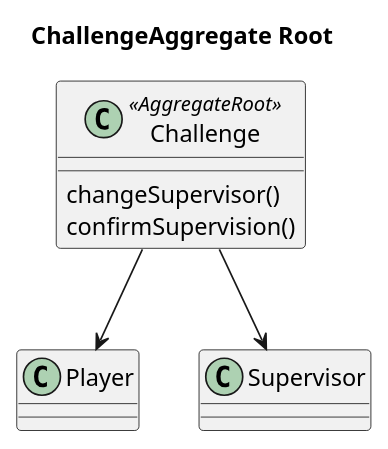
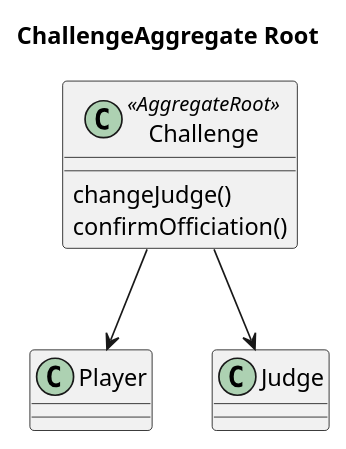
Before and after one commit to tokilabs/atqr: the second of 2 diagrams in libs/atqr/domain/src/lib/domain-spec/notes/Domain Driven Design Summary.md, drawn with PlantUML. The commit also changed 12 other files, not shown here.

````diff
--- a/libs/atqr/domain/src/lib/domain-spec/notes/Domain Driven Design Summary.md
+++ b/libs/atqr/domain/src/lib/domain-spec/notes/Domain Driven Design Summary.md
@@ -64,20 +64,20 @@
 ```plantuml
 @startuml ChallengeAggregateRoot
 title ChallengeAggregate Root
 
 class Challenge <<AggregateRoot>> {
-  changeSupervisor()
-  confirmSupervision()
+  changeJudge()
+  confirmOfficiation()
 
 }
 
 class Player  {
 
 }
 
-class Supervisor
+class Judge
 
 Challenge --> Player
-Challenge --> Supervisor
+Challenge --> Judge
 @enduml
 ```
````
